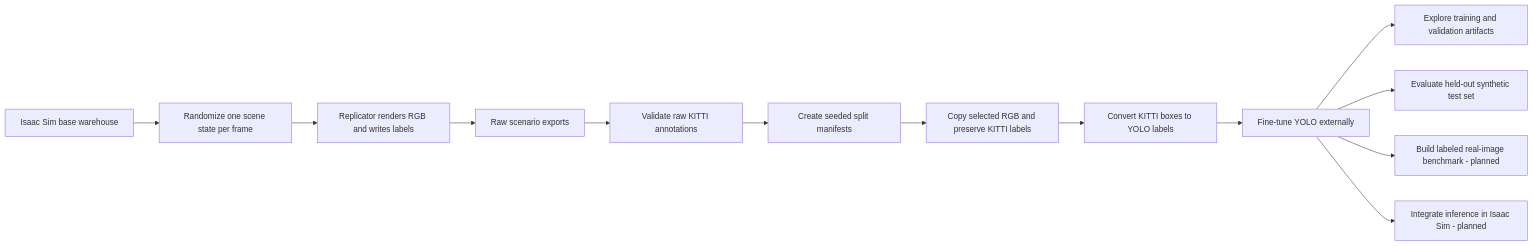
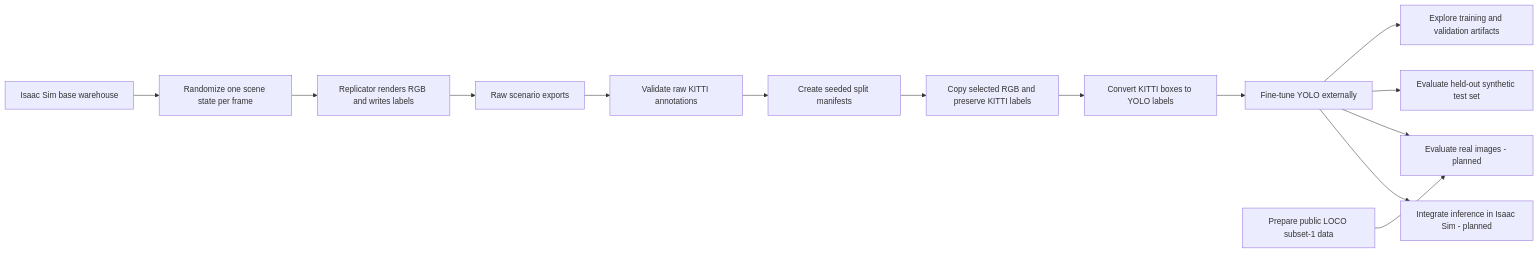
One commit to Gallections/issac-sim-pallet-jack-perception changed the diagram in README.md. Above: the diagram before and after it, drawn with Mermaid. The commit also changed other lines of this file and 18 other files, not shown here.

Commit message:
feat: real data preprocessing workflow

````diff
--- a/README.md
+++ b/README.md
@@ -26,15 +26,16 @@
 ```mermaid
 flowchart LR
     A[Isaac Sim base warehouse] --> B[Randomize one scene state per frame]
     B --> C[Replicator renders RGB and writes labels]
     C --> D[Raw scenario exports]
     D --> E[Validate raw KITTI annotations]
     E --> F[Create seeded split manifests]
     F --> G[Copy selected RGB and preserve KITTI labels]
     G --> H[Convert KITTI boxes to YOLO labels]
     H --> I[Fine-tune YOLO externally]
     I --> J[Explore training and validation artifacts]
     I --> K[Evaluate held-out synthetic test set]
-    I --> L[Build labeled real-image benchmark - planned]
+    L[Prepare public LOCO subset-1 data] --> N[Evaluate real images - planned]
+    I --> N
     I --> M[Integrate inference in Isaac Sim - planned]
 ```
````
